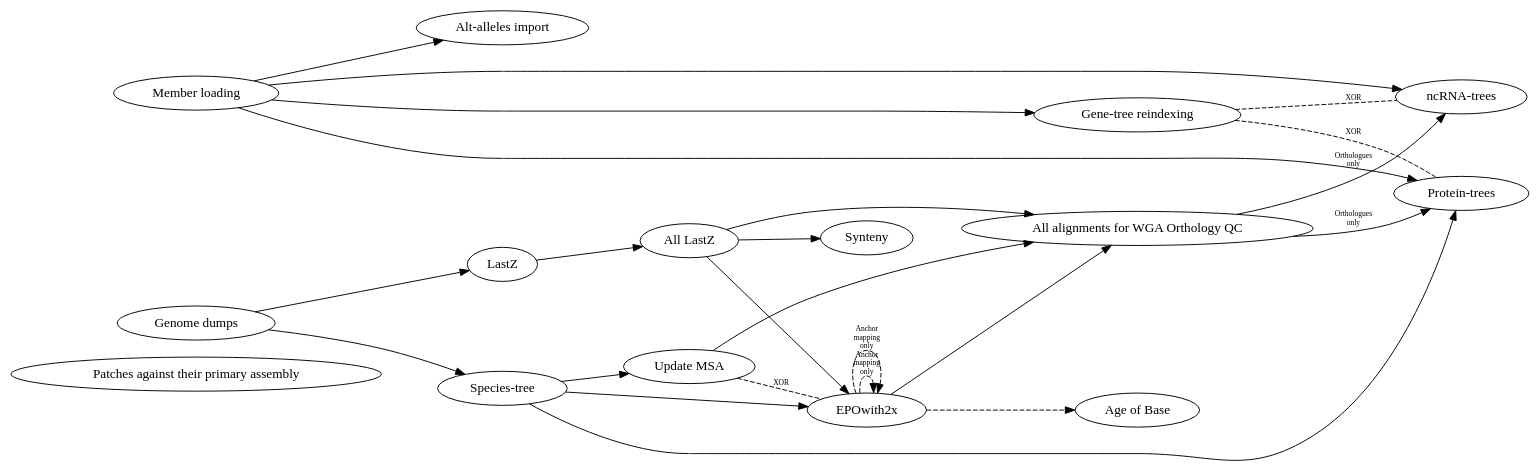
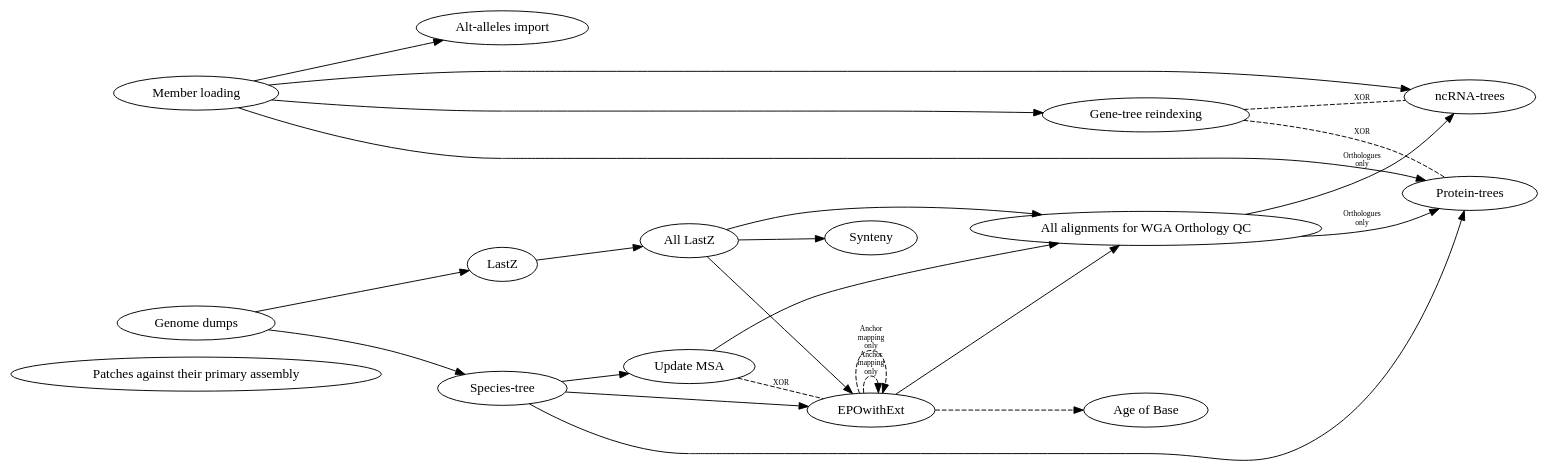
The diagram in scripts/jira_tickets/compara_merged.dot (Ensembl/ensembl-compara), drawn with Graphviz before and after one commit. The commit also changed 10 other files, not shown here.

```diff
--- a/scripts/jira_tickets/compara_merged.dot
+++ b/scripts/jira_tickets/compara_merged.dot
@@ -1,23 +1,23 @@
 digraph {
     rankdir=LR;  # Left-to-right graph instead of top-to-bottom
     "Patches against their primary assembly";
 
     "Genome dumps" -> { "Species-tree", "LastZ" };
-    "Species-tree" -> { "EPOwith2x", "Protein-trees", "Update MSA" };
-    "All LastZ" -> "EPOwith2x";
+    "Species-tree" -> { "EPOwithExt", "Protein-trees", "Update MSA" };
+    "All LastZ" -> "EPOwithExt";
     "Member loading" -> { "Protein-trees", "ncRNA-trees", "Gene-tree reindexing", "Alt-alleles import" };
-    {"All LastZ", "EPOwith2x", "Update MSA"} -> "All alignments for WGA Orthology QC";
+    {"All LastZ", "EPOwithExt", "Update MSA"} -> "All alignments for WGA Orthology QC";
     "All alignments for WGA Orthology QC" -> "Protein-trees" [fontsize="8", label="Orthologues\nonly"];
     "All alignments for WGA Orthology QC" -> "ncRNA-trees" [fontsize="8", label="Orthologues\nonly"];
     "LastZ" -> "All LastZ" -> "Synteny";
 
     "Gene-tree reindexing" -> "ncRNA-trees" [style="dashed", dir=none, fontsize="8", label="XOR"];
     "Gene-tree reindexing" -> "Protein-trees" [style="dashed", dir=none, fontsize="8", label="XOR"];
-    "EPOwith2x" -> "EPOwith2x" [style="dashed", fontsize="8", label="Anchor\nmapping\nonly", headport="Primates:e", tailport="Mammals:e"];
-    "EPOwith2x" -> "EPOwith2x" [style="dashed", fontsize="8", label="Anchor\nmapping\nonly", headport="Pigs:e", tailport="Mammals:e"];
-    "EPOwith2x" -> "Age of Base" [style="dashed", headport="Human:w", tailport="Mammals:e"];
-    "Update MSA" -> "EPOwith2x" [style="dashed", dir=none, fontsize="8", label="XOR"];
+    "EPOwithExt" -> "EPOwithExt" [style="dashed", fontsize="8", label="Anchor\nmapping\nonly", headport="Primates:e", tailport="Mammals:e"];
+    "EPOwithExt" -> "EPOwithExt" [style="dashed", fontsize="8", label="Anchor\nmapping\nonly", headport="Pigs:e", tailport="Mammals:e"];
+    "EPOwithExt" -> "Age of Base" [style="dashed", headport="Human:w", tailport="Mammals:e"];
+    "Update MSA" -> "EPOwithExt" [style="dashed", dir=none, fontsize="8", label="XOR"];
 
     // Helps laying out the graph
     {rank = same; "Genome dumps"; "Member loading"; }
 }
```
